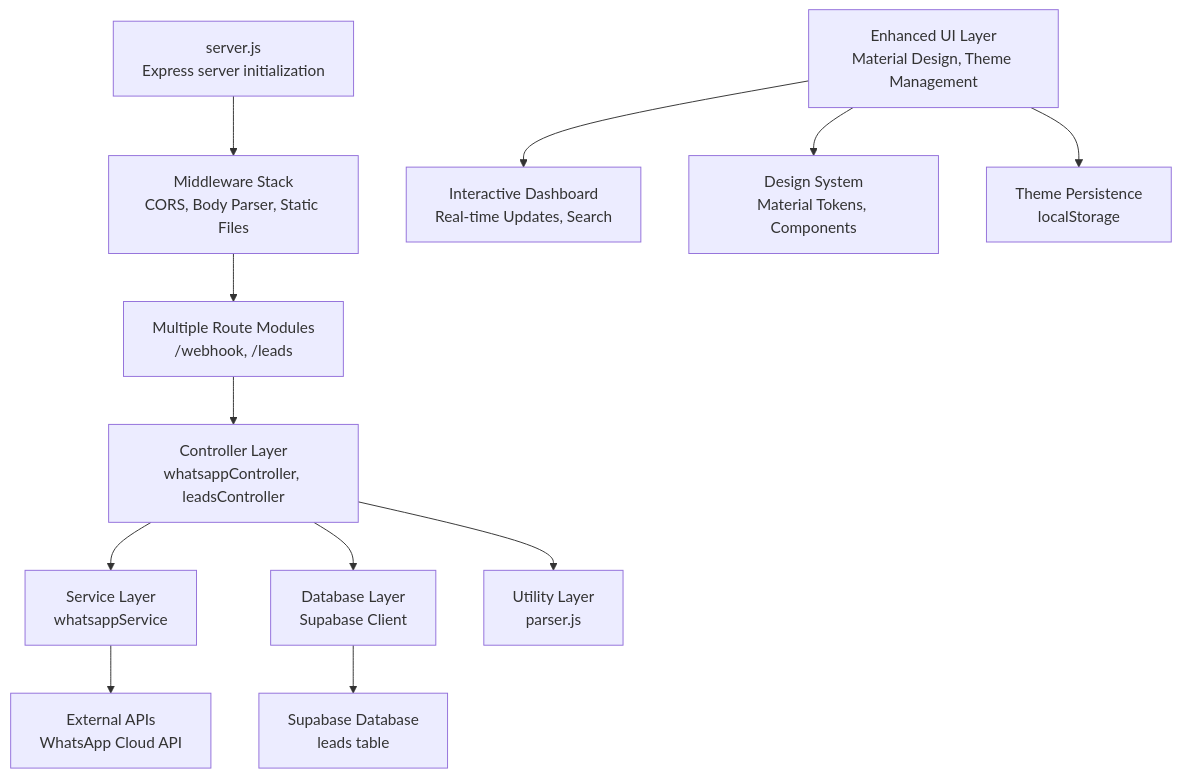
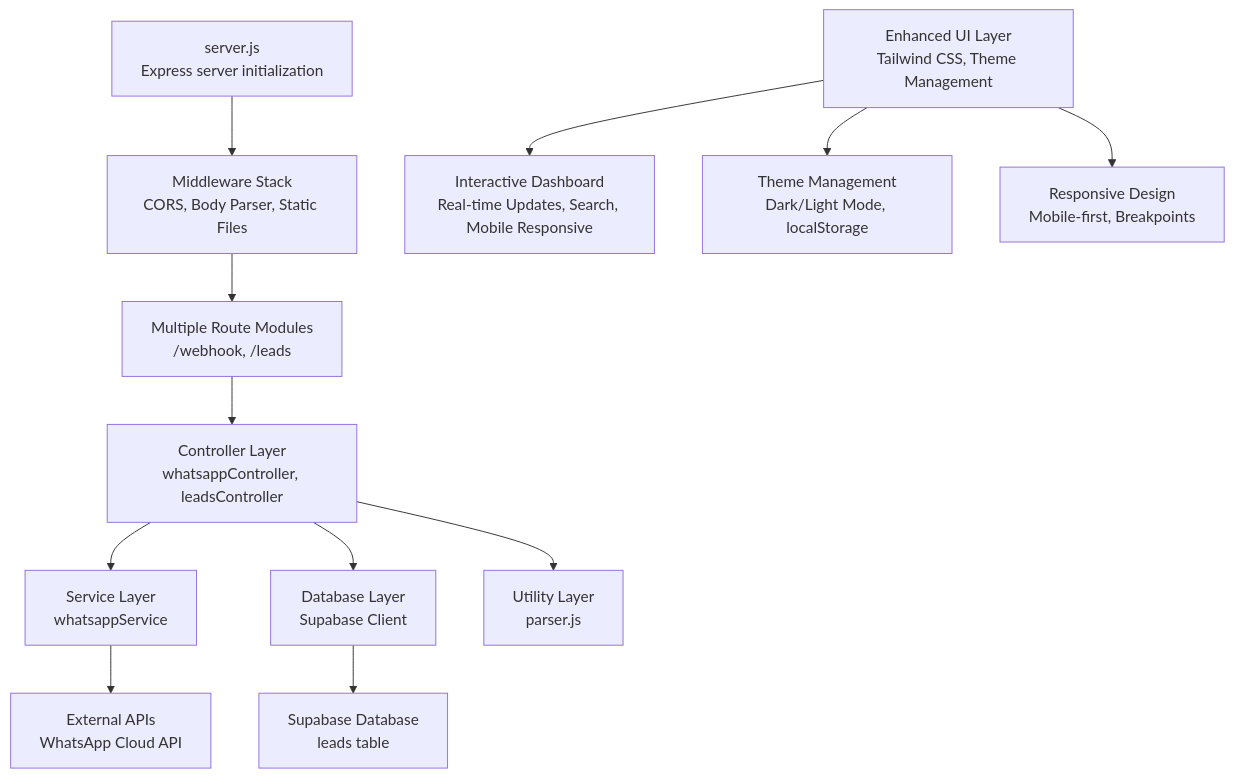
One commit to hariom-wdsadhunik/SaaS-Project changed the first of 4 diagrams in .qoder/repowiki/en/content/Development Guide.md. Above: the diagram before and after it, drawn with Mermaid. The commit also changed other lines of this file and 27 other files, not shown here.

````diff
--- a/.qoder/repowiki/en/content/Development Guide.md
+++ b/.qoder/repowiki/en/content/Development Guide.md
@@ -64,14 +65,14 @@
 ```mermaid
 graph TB
 Server["server.js<br/>Express server initialization"] --> Middleware["Middleware Stack<br/>CORS, Body Parser, Static Files"]
 Middleware --> Routes["Multiple Route Modules<br/>/webhook, /leads"]
 Routes --> Controllers["Controller Layer<br/>whatsappController, leadsController"]
 Controllers --> Services["Service Layer<br/>whatsappService"]
 Controllers --> Database["Database Layer<br/>Supabase Client"]
 Services --> ExternalAPI["External APIs<br/>WhatsApp Cloud API"]
 Database --> SupabaseDB["Supabase Database<br/>leads table"]
 Controllers --> Utils["Utility Layer<br/>parser.js"]
-UI["Enhanced UI Layer<br/>Material Design, Theme Management"] --> Dashboard["Interactive Dashboard<br/>Real-time Updates, Search"]
-UI --> DesignSystem["Design System<br/>Material Tokens, Components"]
-UI --> ThemePersistence["Theme Persistence<br/>localStorage"]
+UI["Enhanced UI Layer<br/>Tailwind CSS, Theme Management"] --> Dashboard["Interactive Dashboard<br/>Real-time Updates, Search, Mobile Responsive"]
+UI --> ThemeSystem["Theme Management<br/>Dark/Light Mode, localStorage"]
+UI --> ResponsiveDesign["Responsive Design<br/>Mobile-first, Breakpoints"]
 ```
````
